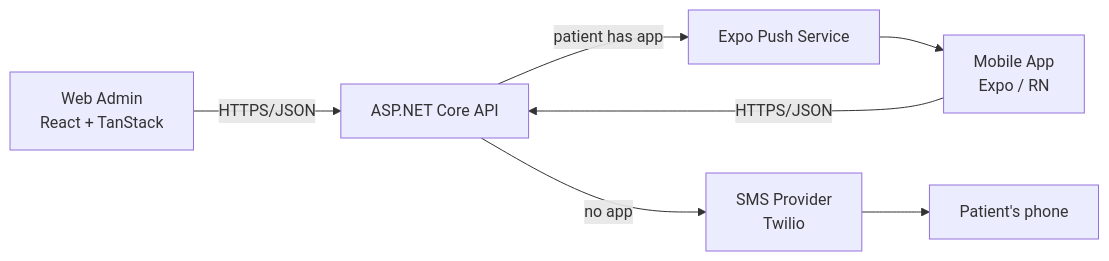
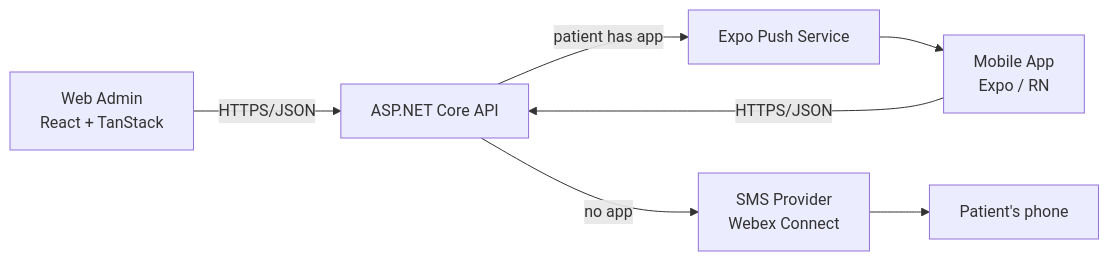
The diagram in docs/architecture.md (andyaaron/sona), drawn with Mermaid before and after one commit. The commit also changed 13 other files, not shown here.

First line of the commit message:
Real SMS dispatch via Webex Connect (Task 07)

````diff
--- a/docs/architecture.md
+++ b/docs/architecture.md
@@ -5,9 +5,9 @@
 ```mermaid
 flowchart LR
     Admin[Web Admin<br/>React + TanStack] -->|HTTPS/JSON| API[ASP.NET Core API]
     Mobile[Mobile App<br/>Expo / RN] -->|HTTPS/JSON| API
     API -->|patient has app| Push[Expo Push Service]
-    API -->|no app| SMS[SMS Provider<br/>Twilio]
+    API -->|no app| SMS[SMS Provider<br/>Webex Connect]
     Push --> Mobile
     SMS --> Phone[Patient's phone]
 ```
````
